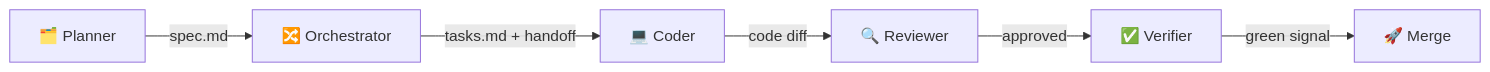
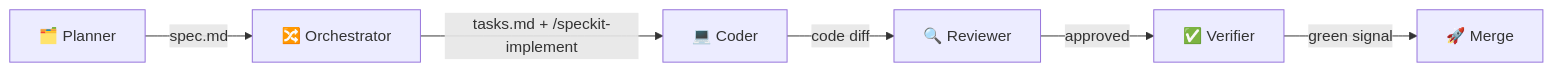
The diagram in AGENTS.md (exponen-agi/ai-engineering-cookbook), drawn with Mermaid before and after one commit. The commit also changed other lines of this file and 16 other files, not shown here.

````diff
--- a/AGENTS.md
+++ b/AGENTS.md
@@ -74,8 +74,8 @@
 ```mermaid
 graph LR
     P[🗂️ Planner] -->|spec.md| O[🔀 Orchestrator]
-    O -->|tasks.md + handoff| C[💻 Coder]
+    O -->|tasks.md + /speckit-implement| C[💻 Coder]
     C -->|code diff| R[🔍 Reviewer]
     R -->|approved| V[✅ Verifier]
     V -->|green signal| Prod[🚀 Merge]
 ```
````
